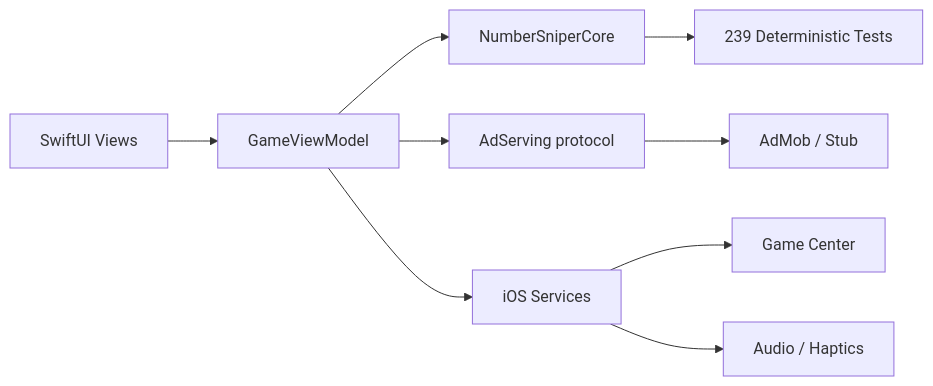
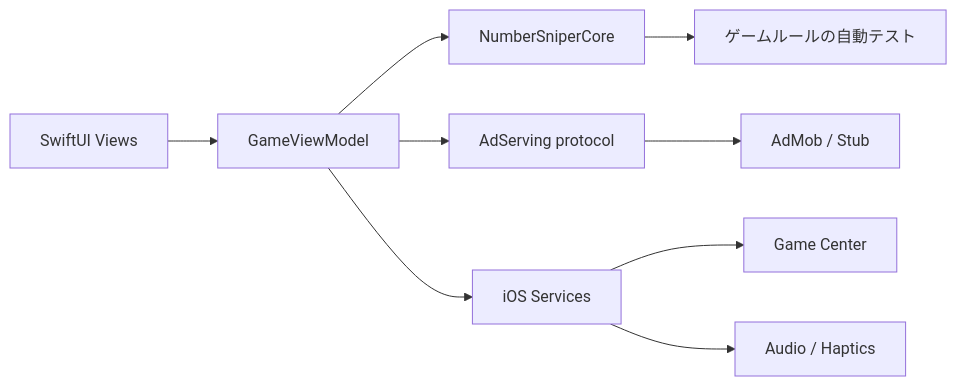
One commit to Takaponz/number-sniper-portfolio changed the diagram in README.md. Above: the diagram before and after it, drawn with Mermaid. The commit also changed other lines of this file, not shown here.

````diff
--- a/README.md
+++ b/README.md
@@ -41,11 +41,11 @@
 ```mermaid
 flowchart LR
     View[SwiftUI Views] --> VM[GameViewModel]
     VM --> Core[NumberSniperCore]
     VM --> AdBoundary[AdServing protocol]
     AdBoundary --> Ads[AdMob / Stub]
     VM --> IOS[iOS Services]
     IOS --> GC[Game Center]
     IOS --> Audio[Audio / Haptics]
-    Core --> Tests[239 Deterministic Tests]
+    Core --> Tests[ゲームルールの自動テスト]
 ```
````
